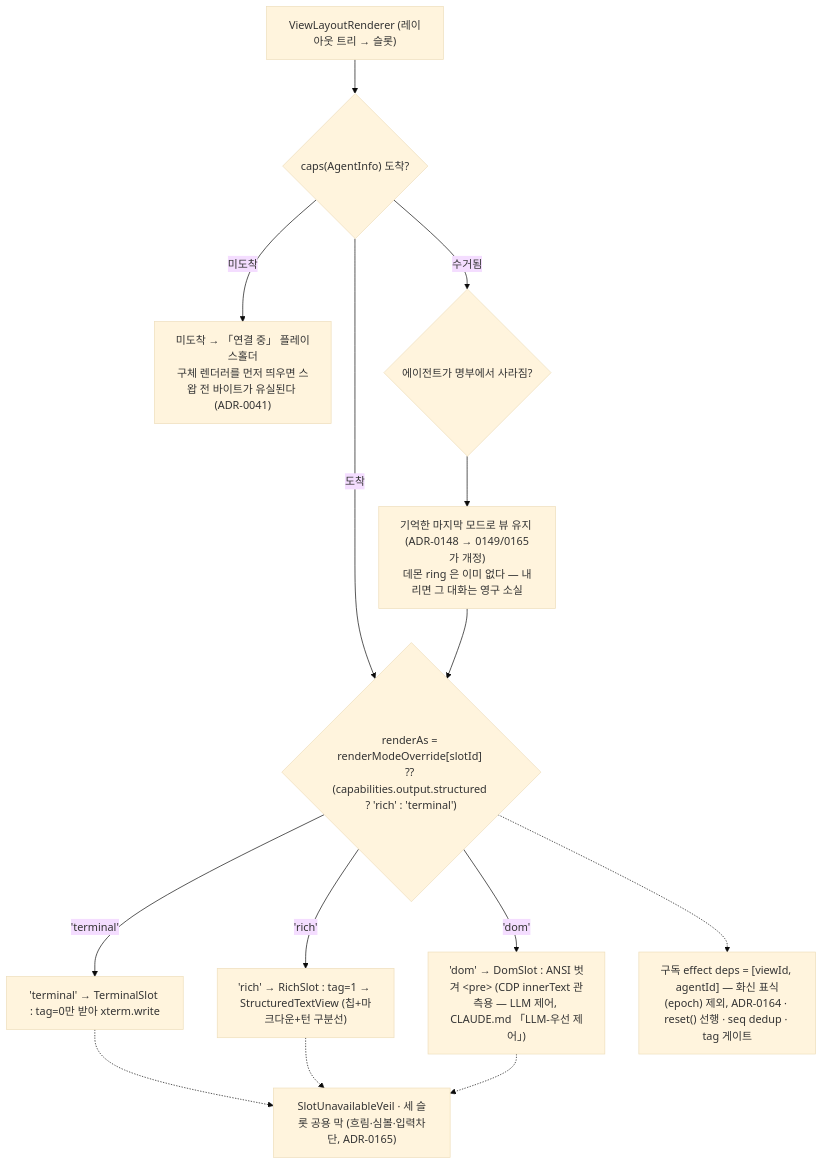
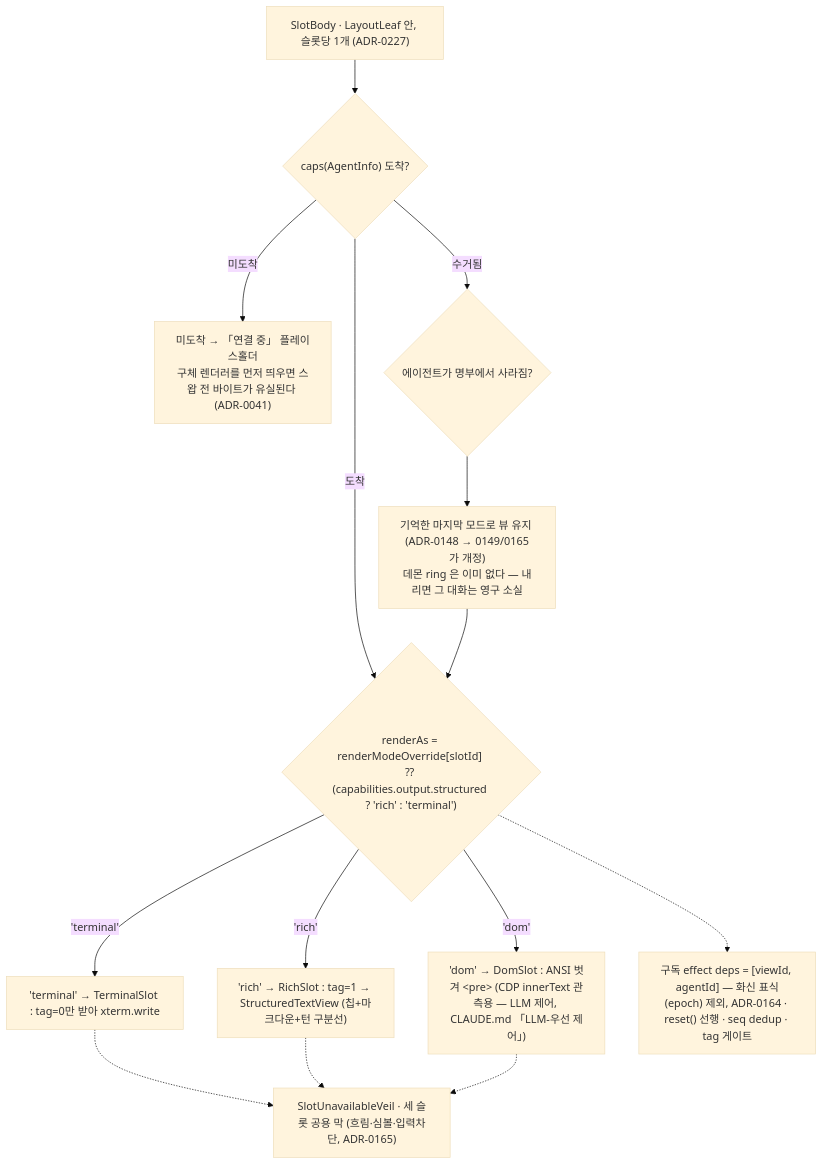
One commit to kimsunzun/engram-dashboard changed diagram 16 of 20 in docs/reference/architecture-overview.md. Above: the diagram before and after it, drawn with Mermaid (base theme). The commit also changed other lines of this file and 10 other files, not shown here.

````diff
--- a/docs/reference/architecture-overview.md
+++ b/docs/reference/architecture-overview.md
@@ -628,27 +630,27 @@
 ```mermaid
 flowchart TD
-  VLR["ViewLayoutRenderer (레이아웃 트리 → 슬롯)"]
+  SB["SlotBody · LayoutLeaf 안, 슬롯당 1개 (ADR-0227)"]
   CAPS{"caps(AgentInfo) 도착?"}
   PH["미도착 → 「연결 중」 플레이스홀더<br/>구체 렌더러를 먼저 띄우면 스왑 전 바이트가 유실된다 (ADR-0041)"]
   KEPT{"에이전트가 명부에서 사라짐?"}
   KEEP["기억한 마지막 모드로 뷰 유지 (ADR-0148 → 0149/0165가 개정)<br/>데몬 ring 은 이미 없다 — 내리면 그 대화는 영구 소실"]
   MODE{"renderAs = renderModeOverride[slotId] ?? (capabilities.output.structured ? 'rich' : 'terminal')"}
   TS["'terminal' → TerminalSlot : tag=0만 받아 xterm.write"]
   RS["'rich' → RichSlot : tag=1 → StructuredTextView (칩+마크다운+턴 구분선)"]
   DS["'dom' → DomSlot : ANSI 벗겨 &lt;pre&gt; (CDP innerText 관측용 — LLM 제어, CLAUDE.md 「LLM-우선 제어」)"]
   VEIL["SlotUnavailableVeil · 세 슬롯 공용 막 (흐림·심볼·입력차단, ADR-0165)"]
   NOTE["구독 effect deps = [viewId, agentId] — 화신 표식(epoch) 제외, ADR-0164 · reset() 선행 · seq dedup · tag 게이트"]
 
-  VLR --> CAPS
+  SB --> CAPS
   CAPS -->|"미도착"| PH
   CAPS -->|"도착"| MODE
   CAPS -->|"수거됨"| KEPT
   KEPT --> KEEP --> MODE
   MODE -->|"'terminal'"| TS
   MODE -->|"'rich'"| RS
   MODE -->|"'dom'"| DS
   TS -.-> VEIL
   RS -.-> VEIL
   DS -.-> VEIL
   MODE -.-> NOTE
 ```
````
